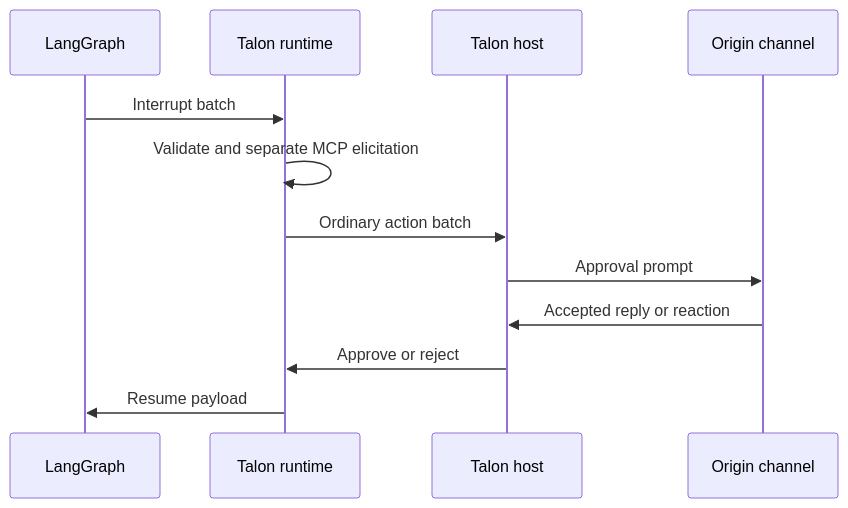
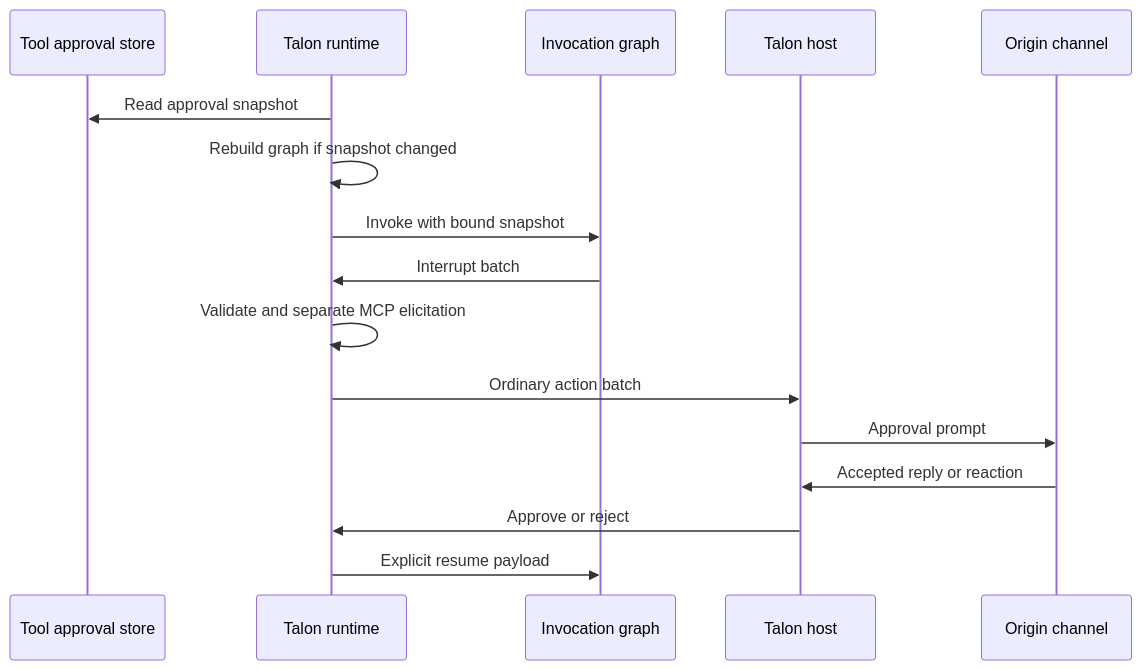
Before and after one commit to langchain-ai/deepagents: the third of 3 diagrams in openwiki/concepts/permissions-hitl.md, drawn with Mermaid. The commit also changed other lines of this file and 23 other files, not shown here.

````diff
--- a/openwiki/concepts/permissions-hitl.md
+++ b/openwiki/concepts/permissions-hitl.md
@@ -190,14 +190,18 @@
 ```mermaid
 sequenceDiagram
-    participant Graph as LangGraph
+    participant Store as Tool approval store
     participant Runtime as Talon runtime
+    participant Graph as Invocation graph
     participant Host as Talon host
     participant Channel as Origin channel
+    Runtime->>Store: Read approval snapshot
+    Runtime->>Runtime: Rebuild graph if snapshot changed
+    Runtime->>Graph: Invoke with bound snapshot
     Graph->>Runtime: Interrupt batch
     Runtime->>Runtime: Validate and separate MCP elicitation
     Runtime->>Host: Ordinary action batch
     Host->>Channel: Approval prompt
     Channel->>Host: Accepted reply or reaction
     Host->>Runtime: Approve or reject
-    Runtime->>Graph: Resume payload
+    Runtime->>Graph: Explicit resume payload
 ```
````
